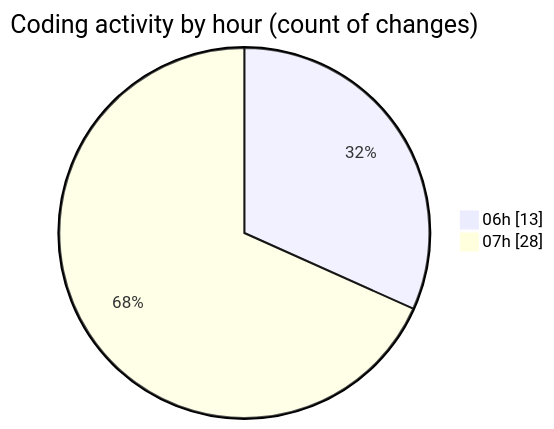
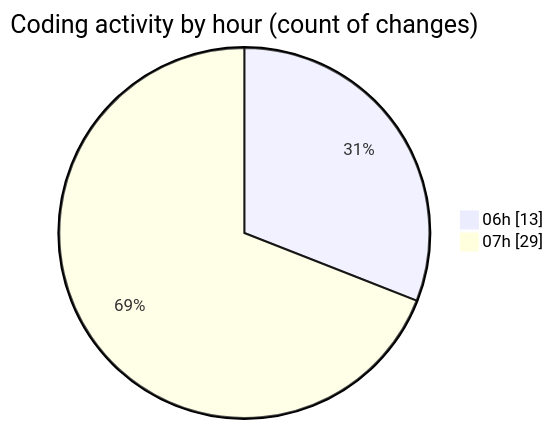
Before and after one commit to robertbonfada/code-tracking: the second of 2 diagrams in 2025-01-21/mbc-web/README.md, drawn with Mermaid. The commit also changed other lines of this file and 1 other file, not shown here.

````diff
--- a/2025-01-21/mbc-web/README.md
+++ b/2025-01-21/mbc-web/README.md
@@ -42,6 +42,6 @@
 ```mermaid
 pie showData
 title Coding activity by hour (count of changes)
 "06h" : 13
-"07h" : 28
+"07h" : 29
 ```
````
